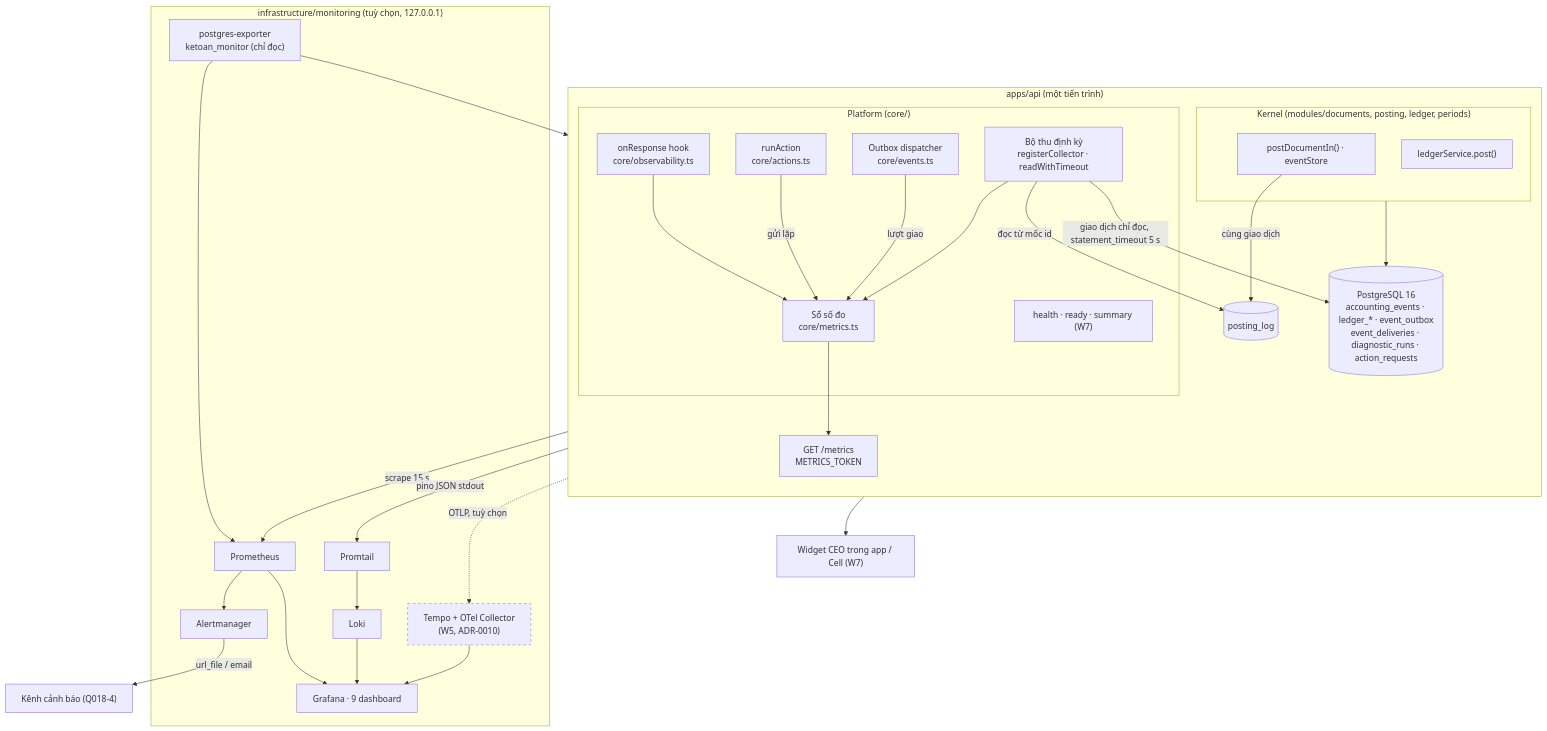
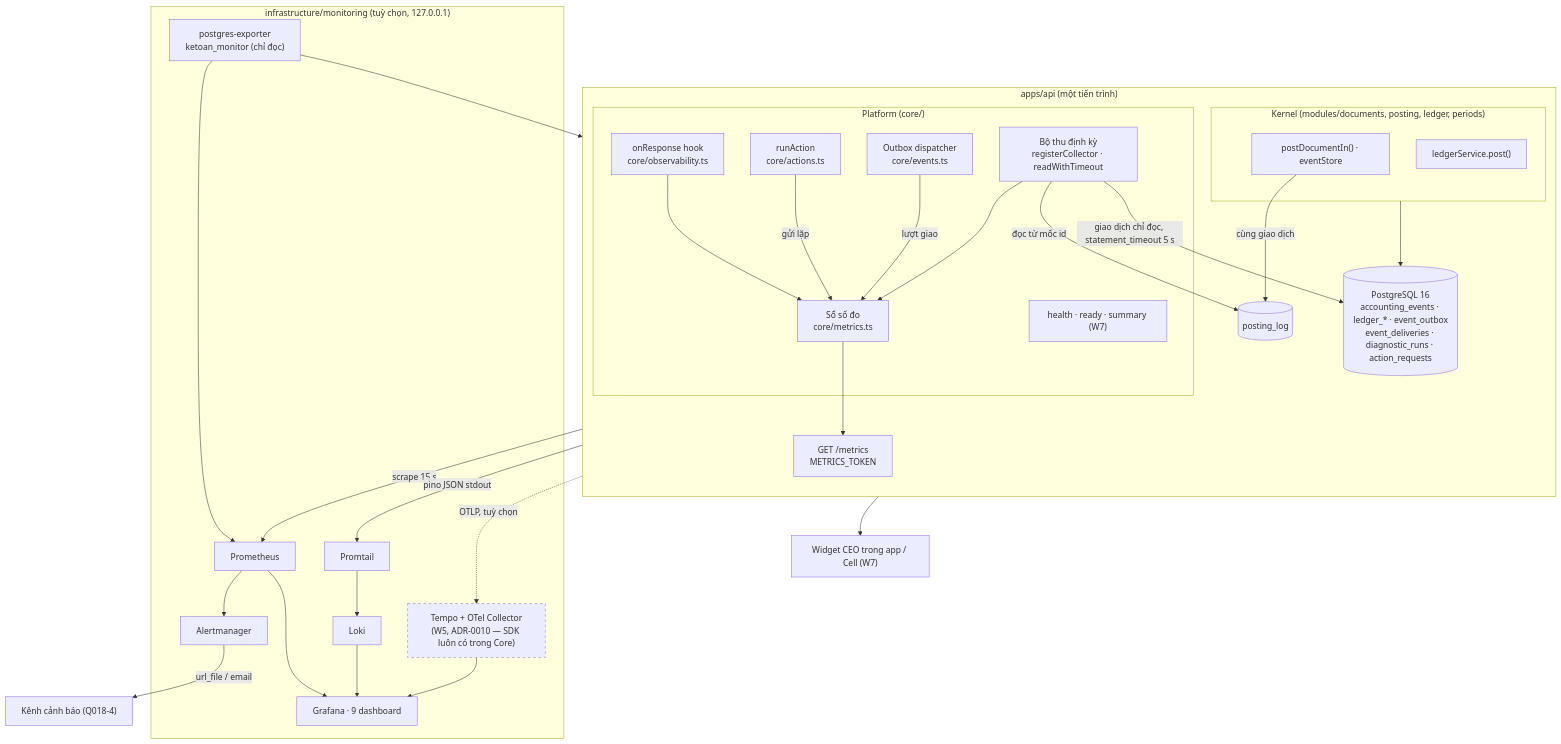
Before and after one commit to hoanganh8389/bizcity-open-ketoan: the diagram in docs/phases/PHASE-018-GIAM-SAT-VAN-HANH/20-KIEN-TRUC.md, drawn with Mermaid. The commit also changed other lines of this file and 9 other files, not shown here.

````diff
--- a/docs/phases/PHASE-018-GIAM-SAT-VAN-HANH/20-KIEN-TRUC.md
+++ b/docs/phases/PHASE-018-GIAM-SAT-VAN-HANH/20-KIEN-TRUC.md
@@ -22,43 +24,43 @@
 ```mermaid
 flowchart TB
   subgraph APP["apps/api (một tiến trình)"]
     direction TB
     subgraph K["Kernel (modules/documents, posting, ledger, periods)"]
       PDI["postDocumentIn() · eventStore"]
       LS["ledgerService.post()"]
     end
     subgraph P["Platform (core/)"]
       REG["Sổ số đo<br/>core/metrics.ts"]
       COL["Bộ thu định kỳ<br/>registerCollector · readWithTimeout"]
       HOOK["onResponse hook<br/>core/observability.ts"]
       ACT["runAction<br/>core/actions.ts"]
       DISP["Outbox dispatcher<br/>core/events.ts"]
       HS["health · ready · summary (W7)"]
     end
     PDI -->|cùng giao dịch| PL[("posting_log")]
     HOOK --> REG
     ACT -->|gửi lặp| REG
     DISP -->|lượt giao| REG
     COL -->|giao dịch chỉ đọc, statement_timeout 5 s| DB
     COL -->|đọc từ mốc id| PL
     COL --> REG
     REG --> MET["GET /metrics<br/>METRICS_TOKEN"]
   end
   DB[("PostgreSQL 16<br/>accounting_events · ledger_* · event_outbox<br/>event_deliveries · diagnostic_runs · action_requests")]
   K --> DB
   subgraph MON["infrastructure/monitoring (tuỳ chọn, 127.0.0.1)"]
     PROM["Prometheus"] --> AM["Alertmanager"]
     PROM --> GRAF["Grafana · 9 dashboard"]
     LOKI["Loki"] --> GRAF
     PT["Promtail"] --> LOKI
     PGX["postgres-exporter<br/>ketoan_monitor (chỉ đọc)"] --> PROM
-    TEMPO["Tempo + OTel Collector<br/>(W5, ADR-0010)"]:::opt --> GRAF
+    TEMPO["Tempo + OTel Collector<br/>(W5, ADR-0010 — SDK luôn có trong Core)"]:::opt --> GRAF
   end
   MET -->|scrape 15 s| PROM
   APP -->|pino JSON stdout| PT
   APP -.->|OTLP, tuỳ chọn| TEMPO
   PGX --> DB
   AM -->|url_file / email| CH["Kênh cảnh báo (Q018-4)"]
   HS --> CEO["Widget CEO trong app / Cell (W7)"]
   classDef opt stroke-dasharray: 5 5
 ```
````
